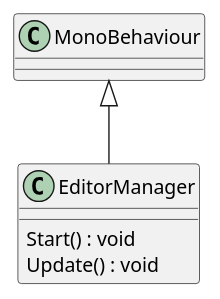
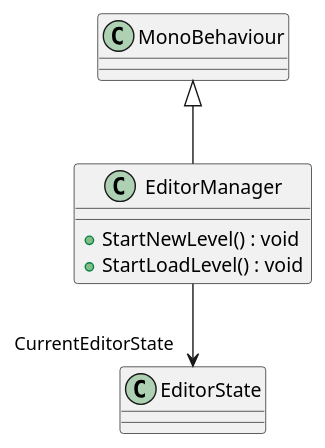
One commit to Zaephus/Prod_Tools changed the diagram in UML/Loco_Loco_Editor/Assets/01_Scripts/EditorManager.puml. Above: the diagram before and after it, drawn with PlantUML. The commit also changed 26 other files, not shown here.

Commit message:
Generate UML (Generate UML)

```diff
--- a/UML/Loco_Loco_Editor/Assets/01_Scripts/EditorManager.puml
+++ b/UML/Loco_Loco_Editor/Assets/01_Scripts/EditorManager.puml
@@ -1,7 +1,8 @@
 @startuml
 class EditorManager {
-    Start() : void
-    Update() : void
+    + StartNewLevel() : void
+    + StartLoadLevel() : void
 }
 MonoBehaviour <|-- EditorManager
+EditorManager --> "CurrentEditorState" EditorState
 @enduml
```
